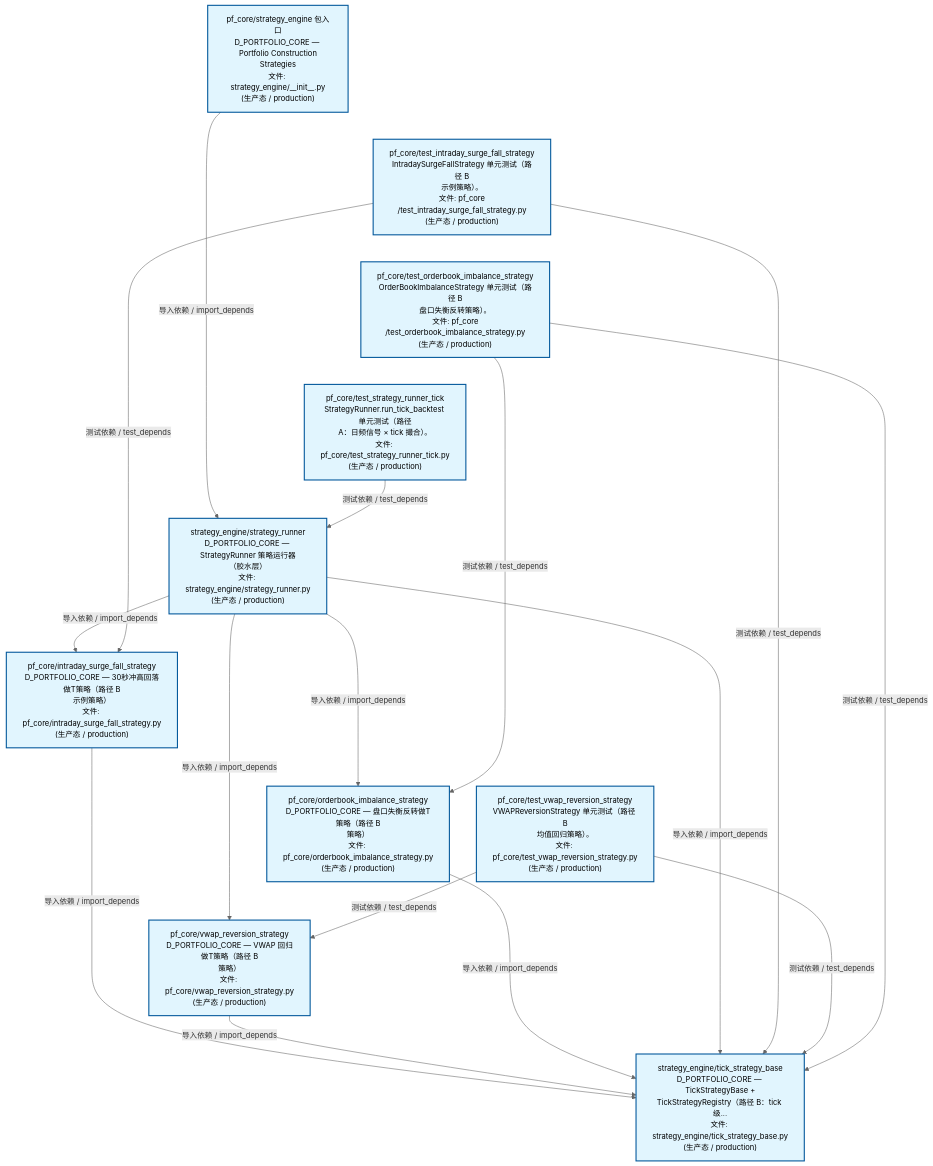
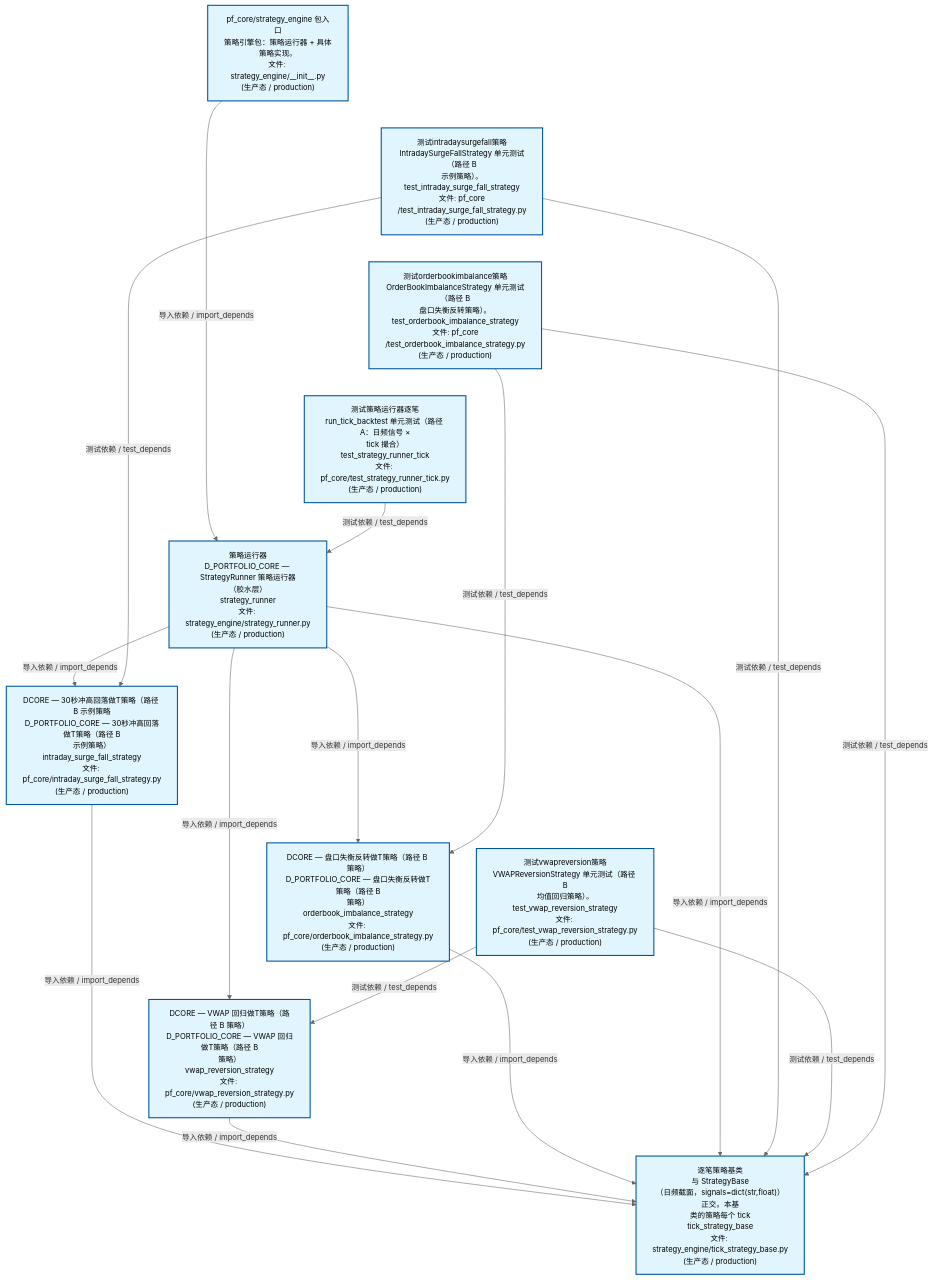
The second of 4 diagrams in docs/02_enterprise_architecture/02_domain_architecture_docs/63_d_pf_core.md (xuanFelixVan/ZephyrAlpha), drawn with Mermaid before and after one commit. The commit also changed other lines of this file and 54 other files, not shown here.

````diff
--- a/docs/02_enterprise_architecture/02_domain_architecture_docs/63_d_pf_core.md
+++ b/docs/02_enterprise_architecture/02_domain_architecture_docs/63_d_pf_core.md
@@ -135,40 +135,40 @@
 ```mermaid
 %%{init: {'theme': 'base', 'themeVariables': {'primaryColor': '#eaeaea', 'primaryTextColor': '#333333', 'primaryBorderColor': '#666666', 'lineColor': '#666666', 'secondaryColor': '#eaeaea', 'tertiaryColor': '#eaeaea', 'fontSize': '14px'}}}%%
 flowchart TD
-    src_zephyr_pf_core_strategy_engine_init_py["pf_core/strategy_engine 包入口<br/>D_PORTFOLIO_CORE — Portfolio Construction<br/>Strategies<br/>文件: strategy_engine/__init__.py<br/>(生产态 / production)"]
-    tests_pf_core_test_intraday_surge_fall_strategy_py["pf_core/test_intraday_surge_fall_strategy<br/>IntradaySurgeFallStrategy 单元测试（路径 B<br/>示例策略）。<br/>文件: pf_core<br/>/test_intraday_surge_fall_strategy.py<br/>(生产态 / production)"]
-    tests_pf_core_test_orderbook_imbalance_strategy_py["pf_core/test_orderbook_imbalance_strategy<br/>OrderBookImbalanceStrategy 单元测试（路径 B<br/>盘口失衡反转策略）。<br/>文件: pf_core<br/>/test_orderbook_imbalance_strategy.py<br/>(生产态 / production)"]
-    tests_pf_core_test_strategy_runner_tick_py["pf_core/test_strategy_runner_tick<br/>StrategyRunner.run_tick_backtest 单元测试（路径<br/>A：日频信号 × tick 撮合）。<br/>文件: pf_core/test_strategy_runner_tick.py<br/>(生产态 / production)"]
-    tests_pf_core_test_vwap_reversion_strategy_py["pf_core/test_vwap_reversion_strategy<br/>VWAPReversionStrategy 单元测试（路径 B<br/>均值回归策略）。<br/>文件: pf_core/test_vwap_reversion_strategy.py<br/>(生产态 / production)"]
+    src_zephyr_pf_core_strategy_engine_init_py["pf_core/strategy_engine 包入口<br/>策略引擎包：策略运行器 + 具体策略实现。<br/>文件: strategy_engine/__init__.py<br/>(生产态 / production)"]
+    tests_pf_core_test_intraday_surge_fall_strategy_py["测试intradaysurgefall策略<br/>IntradaySurgeFallStrategy 单元测试（路径 B<br/>示例策略）。<br/>test_intraday_surge_fall_strategy<br/>文件: pf_core<br/>/test_intraday_surge_fall_strategy.py<br/>(生产态 / production)"]
+    tests_pf_core_test_orderbook_imbalance_strategy_py["测试orderbookimbalance策略<br/>OrderBookImbalanceStrategy 单元测试（路径 B<br/>盘口失衡反转策略）。<br/>test_orderbook_imbalance_strategy<br/>文件: pf_core<br/>/test_orderbook_imbalance_strategy.py<br/>(生产态 / production)"]
+    tests_pf_core_test_strategy_runner_tick_py["测试策略运行器逐笔<br/>run_tick_backtest 单元测试（路径 A：日频信号 ×<br/>tick 撮合）<br/>test_strategy_runner_tick<br/>文件: pf_core/test_strategy_runner_tick.py<br/>(生产态 / production)"]
+    tests_pf_core_test_vwap_reversion_strategy_py["测试vwapreversion策略<br/>VWAPReversionStrategy 单元测试（路径 B<br/>均值回归策略）。<br/>test_vwap_reversion_strategy<br/>文件: pf_core/test_vwap_reversion_strategy.py<br/>(生产态 / production)"]
     src_zephyr_pf_core_strategy_engine_init_py ~~~ tests_pf_core_test_intraday_surge_fall_strategy_py
     tests_pf_core_test_intraday_surge_fall_strategy_py ~~~ tests_pf_core_test_orderbook_imbalance_strategy_py
     tests_pf_core_test_orderbook_imbalance_strategy_py ~~~ tests_pf_core_test_strategy_runner_tick_py
     tests_pf_core_test_strategy_runner_tick_py ~~~ tests_pf_core_test_vwap_reversion_strategy_py
-    src_zephyr_pf_core_strategy_engine_strategy_runner_py["strategy_engine/strategy_runner<br/>D_PORTFOLIO_CORE — StrategyRunner 策略运行器<br/>（胶水层）<br/>文件: strategy_engine/strategy_runner.py<br/>(生产态 / production)"]
-    src_zephyr_pf_core_intraday_surge_fall_strategy_py["pf_core/intraday_surge_fall_strategy<br/>D_PORTFOLIO_CORE — 30秒冲高回落做T策略（路径 B<br/>示例策略）<br/>文件: pf_core/intraday_surge_fall_strategy.py<br/>(生产态 / production)"]
-    src_zephyr_pf_core_orderbook_imbalance_strategy_py["pf_core/orderbook_imbalance_strategy<br/>D_PORTFOLIO_CORE — 盘口失衡反转做T策略（路径 B<br/>策略）<br/>文件: pf_core/orderbook_imbalance_strategy.py<br/>(生产态 / production)"]
-    src_zephyr_pf_core_vwap_reversion_strategy_py["pf_core/vwap_reversion_strategy<br/>D_PORTFOLIO_CORE — VWAP 回归做T策略（路径 B<br/>策略）<br/>文件: pf_core/vwap_reversion_strategy.py<br/>(生产态 / production)"]
+    src_zephyr_pf_core_strategy_engine_strategy_runner_py["策略运行器<br/>D_PORTFOLIO_CORE — StrategyRunner 策略运行器<br/>（胶水层）<br/>strategy_runner<br/>文件: strategy_engine/strategy_runner.py<br/>(生产态 / production)"]
+    src_zephyr_pf_core_intraday_surge_fall_strategy_py["DCORE — 30秒冲高回落做T策略（路径 B 示例策略<br/>D_PORTFOLIO_CORE — 30秒冲高回落做T策略（路径 B<br/>示例策略）<br/>intraday_surge_fall_strategy<br/>文件: pf_core/intraday_surge_fall_strategy.py<br/>(生产态 / production)"]
+    src_zephyr_pf_core_orderbook_imbalance_strategy_py["DCORE — 盘口失衡反转做T策略（路径 B 策略）<br/>D_PORTFOLIO_CORE — 盘口失衡反转做T策略（路径 B<br/>策略）<br/>orderbook_imbalance_strategy<br/>文件: pf_core/orderbook_imbalance_strategy.py<br/>(生产态 / production)"]
+    src_zephyr_pf_core_vwap_reversion_strategy_py["DCORE — VWAP 回归做T策略（路径 B 策略）<br/>D_PORTFOLIO_CORE — VWAP 回归做T策略（路径 B<br/>策略）<br/>vwap_reversion_strategy<br/>文件: pf_core/vwap_reversion_strategy.py<br/>(生产态 / production)"]
     src_zephyr_pf_core_intraday_surge_fall_strategy_py ~~~ src_zephyr_pf_core_orderbook_imbalance_strategy_py
     src_zephyr_pf_core_orderbook_imbalance_strategy_py ~~~ src_zephyr_pf_core_vwap_reversion_strategy_py
-    src_zephyr_pf_core_strategy_engine_tick_strategy_base_py["strategy_engine/tick_strategy_base<br/>D_PORTFOLIO_CORE — TickStrategyBase +<br/>TickStrategyRegistry（路径 B：tick 级...<br/>文件: strategy_engine/tick_strategy_base.py<br/>(生产态 / production)"]
+    src_zephyr_pf_core_strategy_engine_tick_strategy_base_py["逐笔策略基类<br/>与 StrategyBase<br/>（日频截面，signals=dict(str,float)）正交。本基<br/>类的策略每个 tick<br/>tick_strategy_base<br/>文件: strategy_engine/tick_strategy_base.py<br/>(生产态 / production)"]
     src_zephyr_pf_core_intraday_surge_fall_strategy_py -->|导入依赖 / import_depends| src_zephyr_pf_core_strategy_engine_tick_strategy_base_py
     src_zephyr_pf_core_vwap_reversion_strategy_py -->|导入依赖 / import_depends| src_zephyr_pf_core_strategy_engine_tick_strategy_base_py
     src_zephyr_pf_core_orderbook_imbalance_strategy_py -->|导入依赖 / import_depends| src_zephyr_pf_core_strategy_engine_tick_strategy_base_py
     src_zephyr_pf_core_strategy_engine_strategy_runner_py -->|导入依赖 / import_depends| src_zephyr_pf_core_intraday_surge_fall_strategy_py
     src_zephyr_pf_core_strategy_engine_strategy_runner_py -->|导入依赖 / import_depends| src_zephyr_pf_core_vwap_reversion_strategy_py
     src_zephyr_pf_core_strategy_engine_strategy_runner_py -->|导入依赖 / import_depends| src_zephyr_pf_core_orderbook_imbalance_strategy_py
     src_zephyr_pf_core_strategy_engine_strategy_runner_py -->|导入依赖 / import_depends| src_zephyr_pf_core_strategy_engine_tick_strategy_base_py
     src_zephyr_pf_core_strategy_engine_init_py -->|导入依赖 / import_depends| src_zephyr_pf_core_strategy_engine_strategy_runner_py
     tests_pf_core_test_intraday_surge_fall_strategy_py -->|测试依赖 / test_depends| src_zephyr_pf_core_intraday_surge_fall_strategy_py
     tests_pf_core_test_intraday_surge_fall_strategy_py -->|测试依赖 / test_depends| src_zephyr_pf_core_strategy_engine_tick_strategy_base_py
     tests_pf_core_test_vwap_reversion_strategy_py -->|测试依赖 / test_depends| src_zephyr_pf_core_vwap_reversion_strategy_py
     tests_pf_core_test_vwap_reversion_strategy_py -->|测试依赖 / test_depends| src_zephyr_pf_core_strategy_engine_tick_strategy_base_py
     tests_pf_core_test_strategy_runner_tick_py -->|测试依赖 / test_depends| src_zephyr_pf_core_strategy_engine_strategy_runner_py
     tests_pf_core_test_orderbook_imbalance_strategy_py -->|测试依赖 / test_depends| src_zephyr_pf_core_orderbook_imbalance_strategy_py
     tests_pf_core_test_orderbook_imbalance_strategy_py -->|测试依赖 / test_depends| src_zephyr_pf_core_strategy_engine_tick_strategy_base_py
     classDef production fill:#e1f5fe,stroke:#01579b,stroke-width:2px,color:#000
     classDef design fill:#fff3e0,stroke:#e65100,stroke-width:2px,color:#000,stroke-dasharray: 5 5
     classDef external_prod fill:#e8f4fd,stroke:#0277bd,stroke-width:1px,color:#000
     classDef external_design fill:#fff8e7,stroke:#ef6c00,stroke-width:1px,color:#000,stroke-dasharray: 5 5
     class src_zephyr_pf_core_intraday_surge_fall_strategy_py,src_zephyr_pf_core_orderbook_imbalance_strategy_py,src_zephyr_pf_core_strategy_engine_init_py,src_zephyr_pf_core_strategy_engine_strategy_runner_py,src_zephyr_pf_core_strategy_engine_tick_strategy_base_py,src_zephyr_pf_core_vwap_reversion_strategy_py,tests_pf_core_test_intraday_surge_fall_strategy_py,tests_pf_core_test_orderbook_imbalance_strategy_py,tests_pf_core_test_strategy_runner_tick_py,tests_pf_core_test_vwap_reversion_strategy_py production
 ```
````
